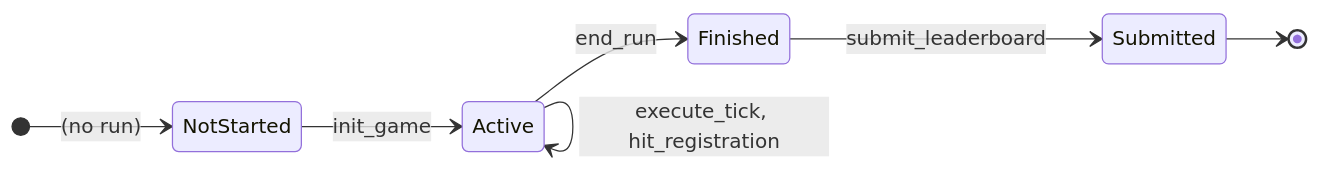
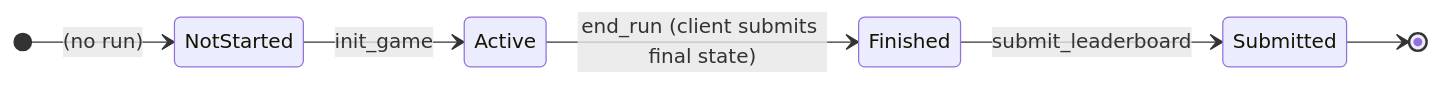
One commit to Otaiki1/neon-sentinel-contract changed the third of 3 diagrams in docs/DEVELOPERS_BIBLE.md. Above: the diagram before and after it, drawn with Mermaid. The commit also changed other lines of this file and 3 other files, not shown here.

````diff
--- a/docs/DEVELOPERS_BIBLE.md
+++ b/docs/DEVELOPERS_BIBLE.md
@@ -94,10 +84,9 @@
 ```mermaid
 stateDiagram-v2
   direction LR
   [*] --> NotStarted: (no run)
   NotStarted --> Active: init_game
-  Active --> Active: execute_tick, hit_registration
-  Active --> Finished: end_run
+  Active --> Finished: end_run (client submits final state)
   Finished --> Submitted: submit_leaderboard
   Submitted --> [*]
 ```
````
